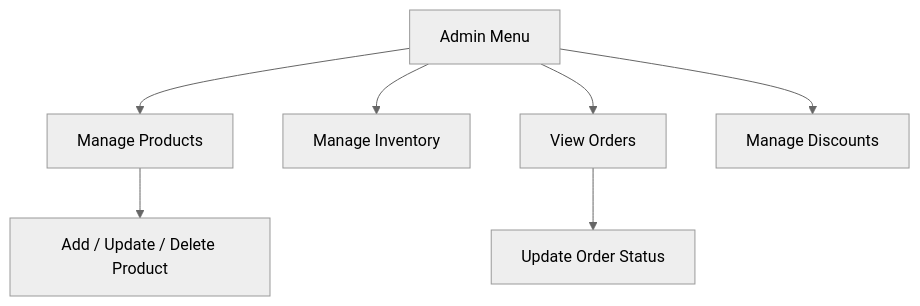
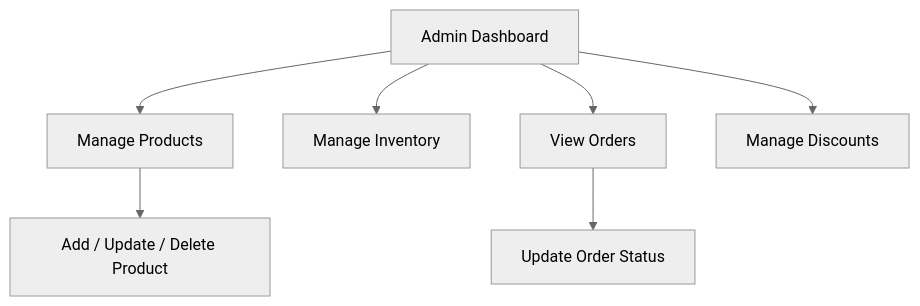
One commit to IshanWankhede/EcomFlow changed the fifth of 5 diagrams in README.md. Above: the diagram before and after it, drawn with Mermaid (neutral theme). The commit also changed other lines of this file and 2 other files, not shown here.

````diff
--- a/README.md
+++ b/README.md
@@ -465,9 +492,9 @@
 ```mermaid
 flowchart TD
-    A[Admin Menu] --> B[Manage Products]
+    A[Admin Dashboard] --> B[Manage Products]
     B --> C[Add / Update / Delete Product]
     A --> D[Manage Inventory]
     A --> E[View Orders]
     E --> F[Update Order Status]
     A --> G[Manage Discounts]
 ```
````
